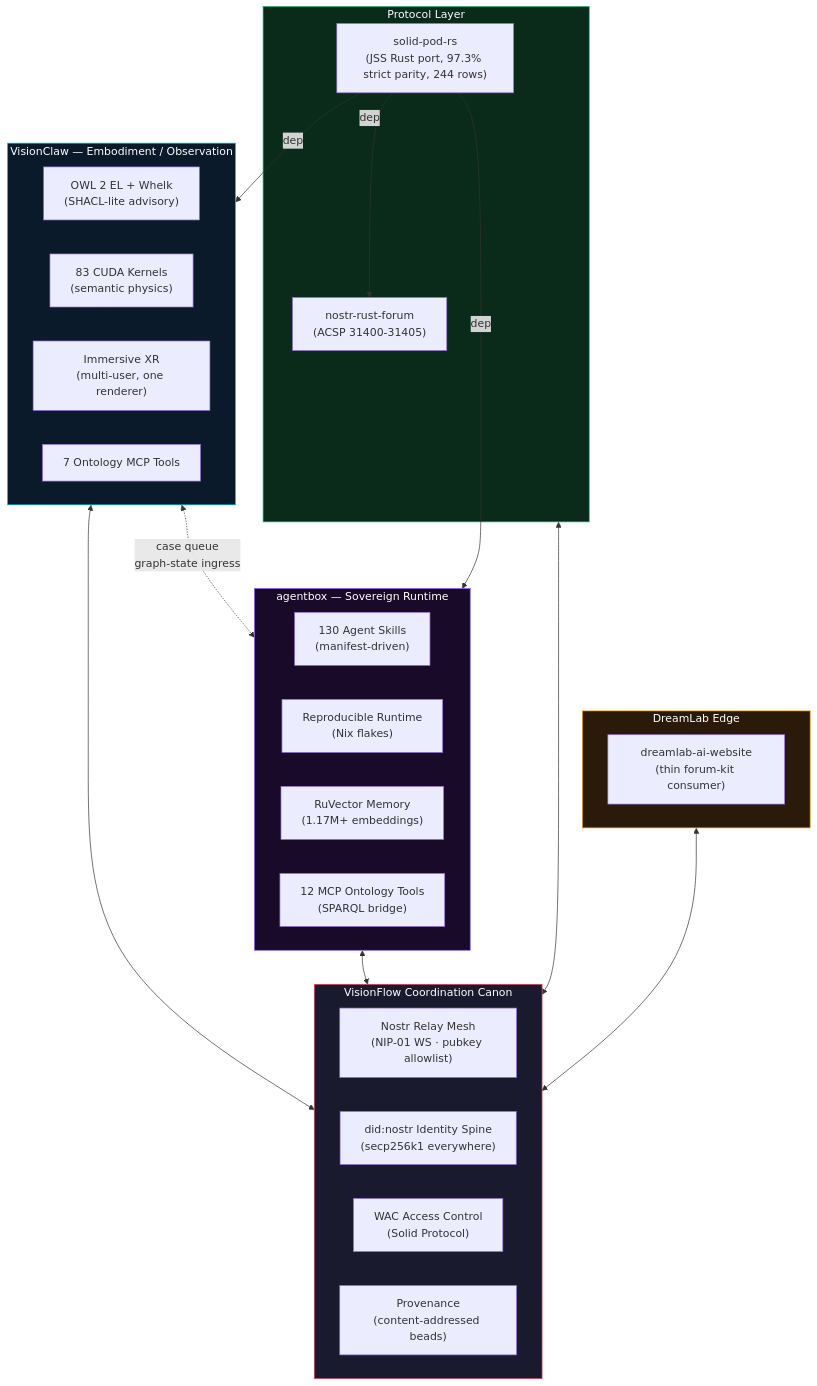
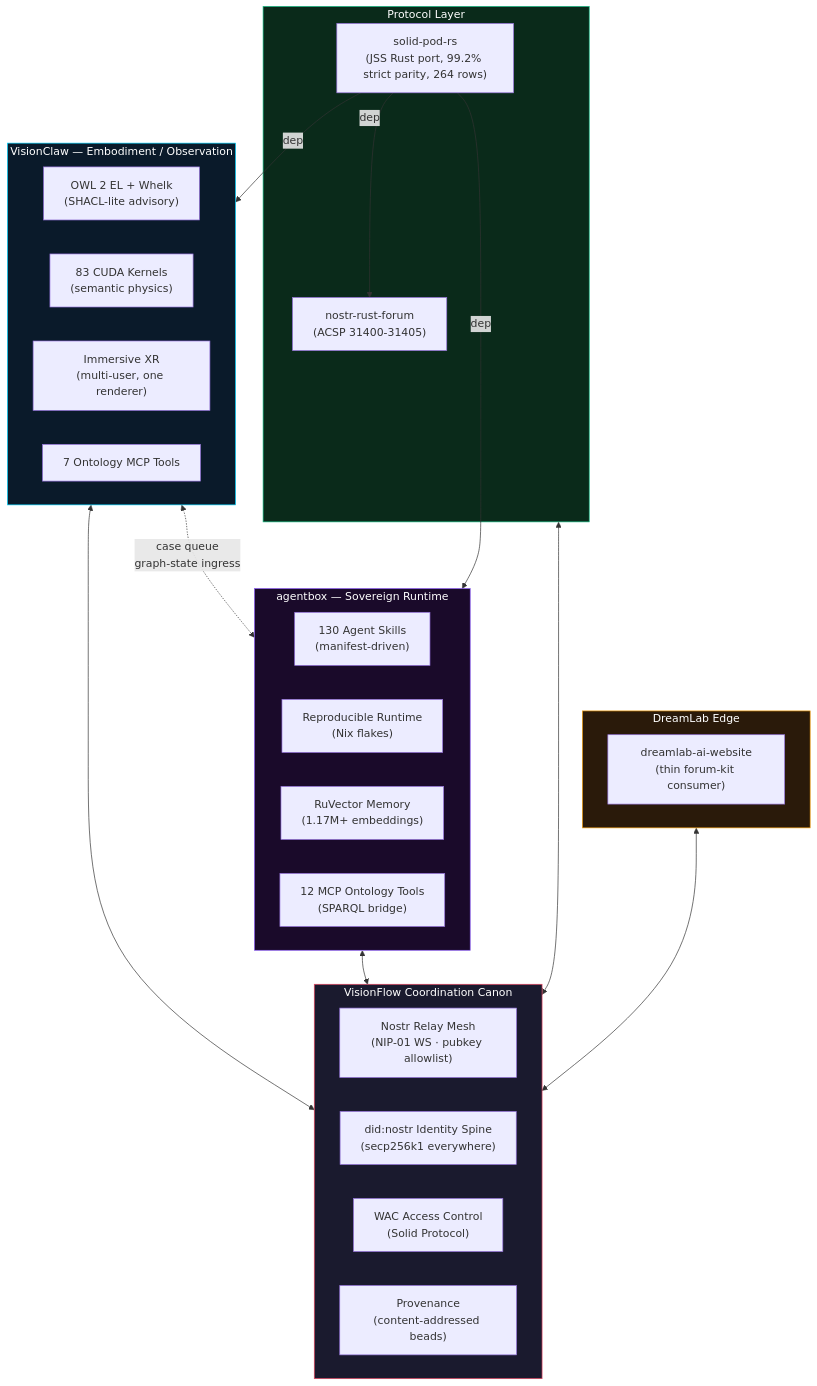
The diagram in README.md (DreamLab-AI/VisionFlow), drawn with Mermaid before and after one commit. The commit also changed 5 other files, not shown here.

First line of the commit message:
docs(adr): ADR-2019 forge and mirror on in shipped pods; 99.2% strict parity

````diff
--- a/README.md
+++ b/README.md
@@ -161,49 +161,49 @@
 ```mermaid
 flowchart TB
     subgraph VF["VisionFlow Coordination Canon"]
         direction LR
         MESH["Nostr Relay Mesh\n(NIP-01 WS · pubkey allowlist)"]
         DID["did:nostr Identity Spine\n(secp256k1 everywhere)"]
         WAC["WAC Access Control\n(Solid Protocol)"]
         PROV["Provenance\n(content-addressed beads)"]
     end
 
     subgraph VC["VisionClaw — Embodiment / Observation"]
         OWL["OWL 2 EL + Whelk\n(SHACL-lite advisory)"]
         GPU["83 CUDA Kernels\n(semantic physics)"]
         XR["Immersive XR\n(multi-user, one renderer)"]
         MCP_VC["7 Ontology MCP Tools"]
     end
 
     subgraph AB["agentbox — Sovereign Runtime"]
         AGENTS["130 Agent Skills\n(manifest-driven)"]
         NIX["Reproducible Runtime\n(Nix flakes)"]
         MEM["RuVector Memory\n(1.17M+ embeddings)"]
         BRIDGE["12 MCP Ontology Tools\n(SPARQL bridge)"]
     end
 
     subgraph PROTO["Protocol Layer"]
-        SPR["solid-pod-rs\n(JSS Rust port, 97.3% strict parity, 244 rows)"]
+        SPR["solid-pod-rs\n(JSS Rust port, 99.2% strict parity, 264 rows)"]
         NRF["nostr-rust-forum\n(ACSP 31400-31405)"]
     end
 
     subgraph EDGE["DreamLab Edge"]
         SITE["dreamlab-ai-website\n(thin forum-kit consumer)"]
     end
 
     VC <--> VF
     AB <--> VF
     PROTO <--> VF
     EDGE <--> VF
 
     VC <-.->|"case queue\ngraph-state ingress"| AB
     SPR -->|"dep"| NRF
     SPR -->|"dep"| AB
     SPR -->|"dep"| VC
 
     style VF fill:#1a1a2e,stroke:#e94560,color:#fff
     style VC fill:#0a1a2a,stroke:#00d4ff,color:#fff
     style AB fill:#1a0a2a,stroke:#8b5cf6,color:#fff
     style PROTO fill:#0a2a1a,stroke:#10b981,color:#fff
     style EDGE fill:#2a1a0a,stroke:#f59e0b,color:#fff
 ```
````
